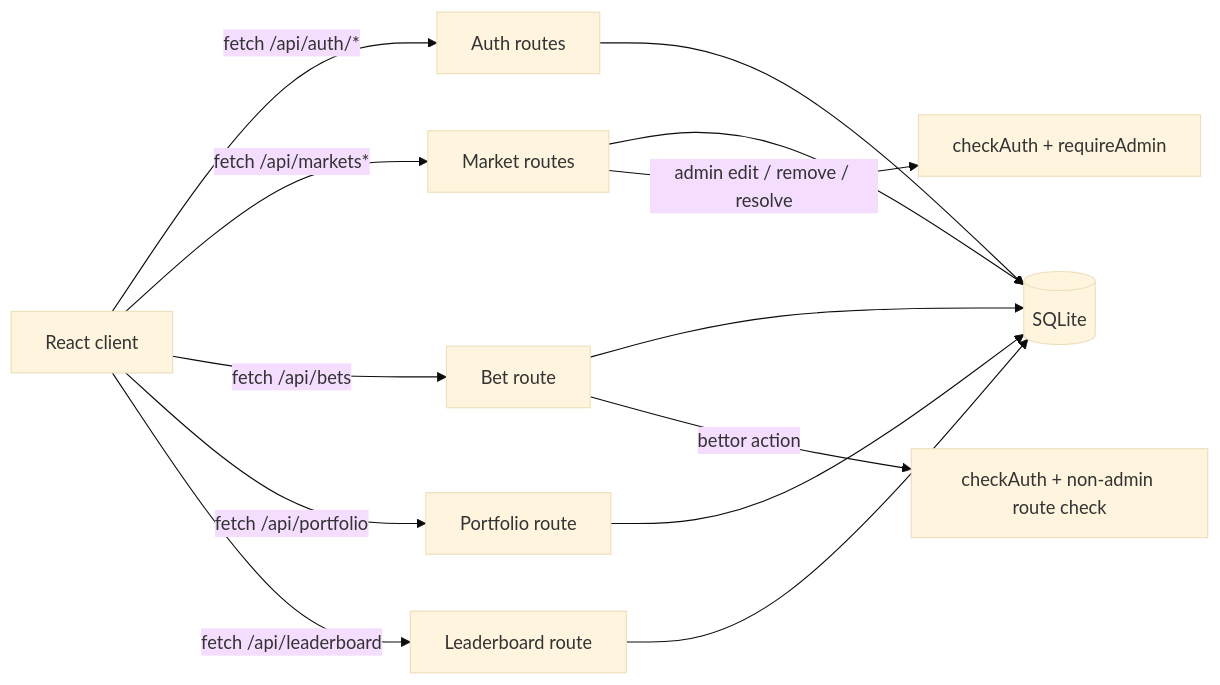
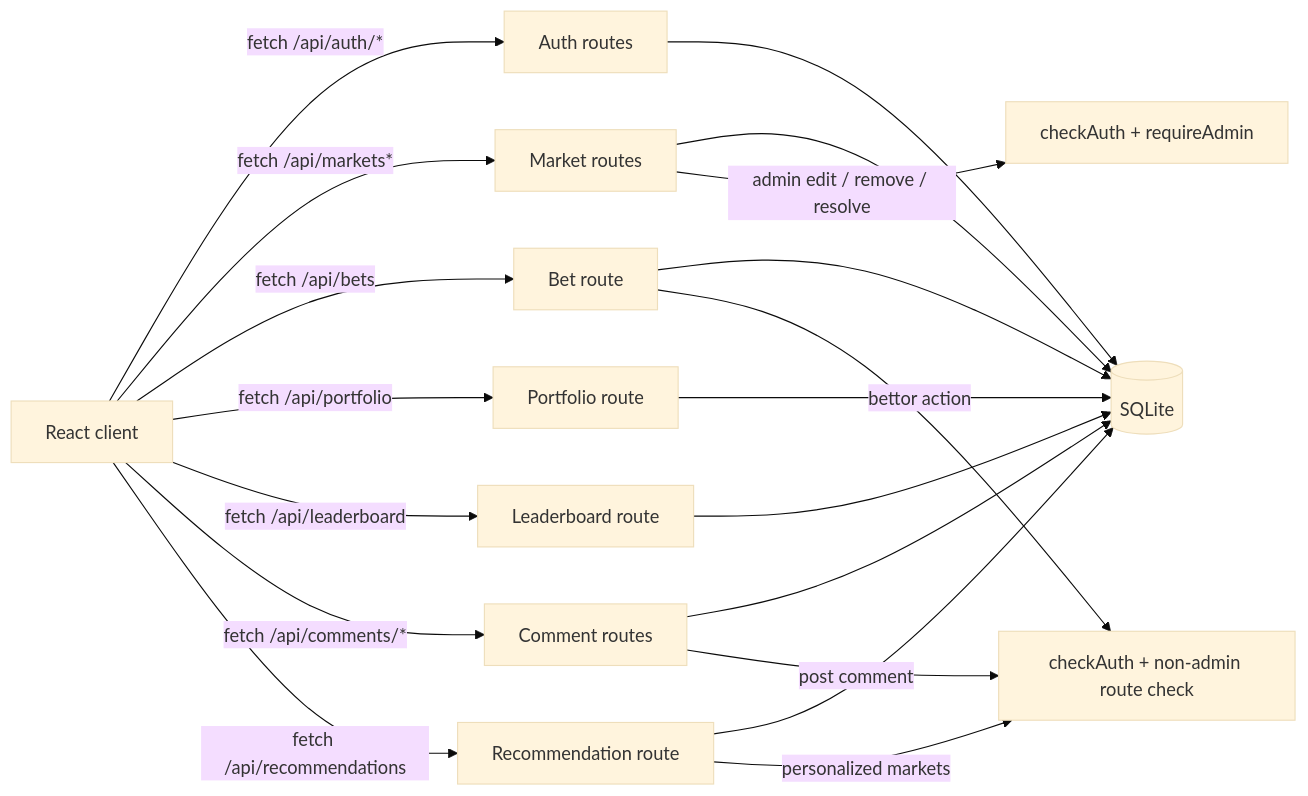
The first of 2 diagrams in README.md (prygw/BruinBet), drawn with Mermaid (base theme) before and after one commit. The commit also changed other lines of this file, not shown here.

Commit message:
Update README architecture diagrams

````diff
--- a/README.md
+++ b/README.md
@@ -217,15 +217,21 @@
 ```mermaid
 flowchart LR
   Browser[React client] -->|fetch /api/auth/*| Auth[Auth routes]
   Browser -->|fetch /api/markets*| Markets[Market routes]
   Browser -->|fetch /api/bets| Bets[Bet route]
   Browser -->|fetch /api/portfolio| Portfolio[Portfolio route]
   Browser -->|fetch /api/leaderboard| Leaderboard[Leaderboard route]
+  Browser -->|fetch /api/comments/*| Comments[Comment routes]
+  Browser -->|fetch /api/recommendations| Recommendations[Recommendation route]
   Auth --> DB[(SQLite)]
   Markets --> DB
   Bets --> DB
   Portfolio --> DB
   Leaderboard --> DB
+  Comments --> DB
+  Recommendations --> DB
   Markets -->|admin edit / remove / resolve| Admin[checkAuth + requireAdmin]
   Bets -->|bettor action| Protected[checkAuth + non-admin route check]
+  Comments -->|post comment| Protected
+  Recommendations -->|personalized markets| Protected
 ```
````
